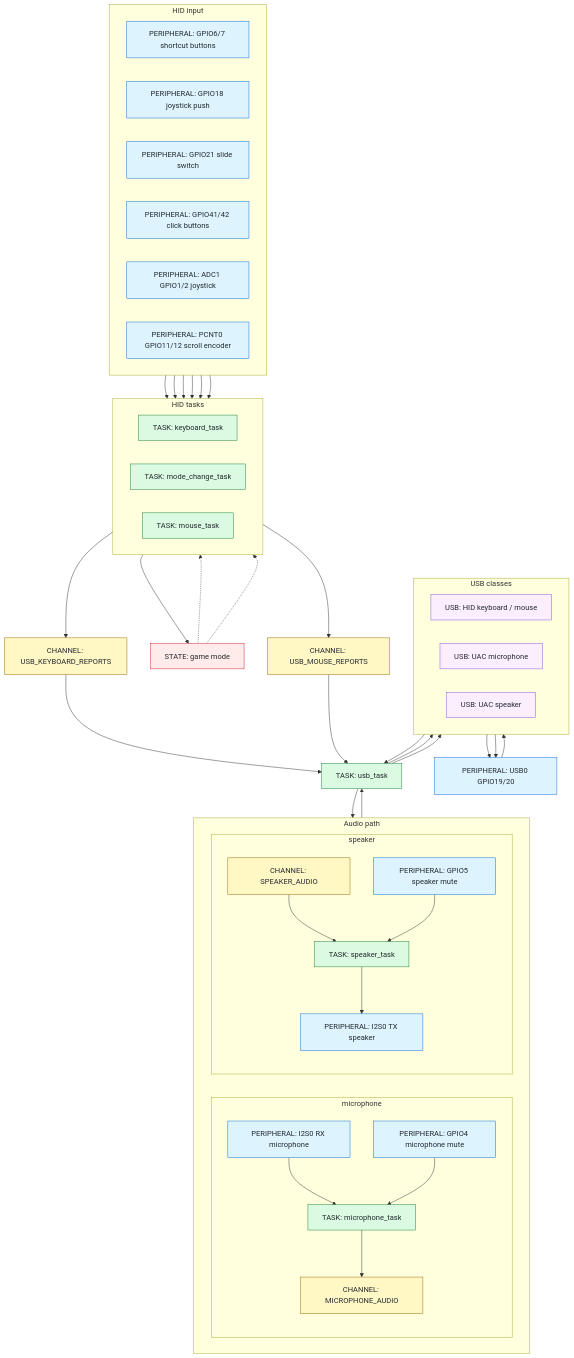
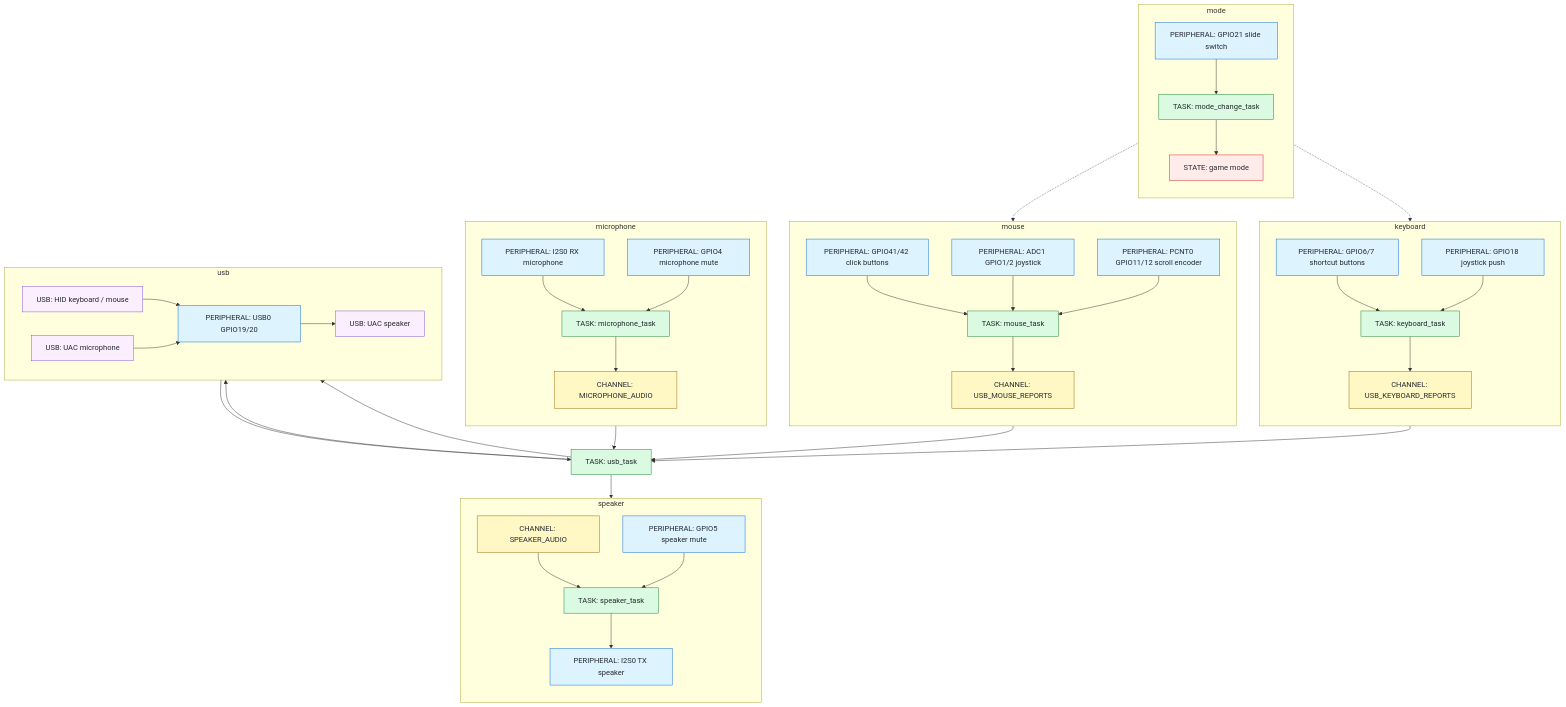
One commit to segfau-yama/dxxk_mouse changed the diagram in README.md. Above: the diagram before and after it, drawn with Mermaid.

Commit message:
README設計図構造化

````diff
--- a/README.md
+++ b/README.md
@@ -53,73 +53,80 @@
 ```mermaid
 flowchart TD
-  subgraph HidInput["HID input"]
-    direction LR
+  subgraph Mode["mode"]
+    direction TB
+    ModeGpio["PERIPHERAL: GPIO21 slide switch"] --> ModeTask["TASK: mode_change_task"]
+    ModeTask --> GameMode["STATE: game mode"]
+  end
+
+  subgraph Keyboard["keyboard"]
+    direction TB
     ShortcutGpio["PERIPHERAL: GPIO6/7 shortcut buttons"]
     PushGpio["PERIPHERAL: GPIO18 joystick push"]
-    ModeGpio["PERIPHERAL: GPIO21 slide switch"]
+    KeyboardTask["TASK: keyboard_task"]
+    KeyboardReports["CHANNEL: USB_KEYBOARD_REPORTS"]
+    ShortcutGpio --> KeyboardTask
+    PushGpio --> KeyboardTask
+    KeyboardTask --> KeyboardReports
+  end
+
+  subgraph Mouse["mouse"]
+    direction TB
     ClickGpio["PERIPHERAL: GPIO41/42 click buttons"]
     JoystickAdc["PERIPHERAL: ADC1 GPIO1/2 joystick"]
     ScrollPcnt["PERIPHERAL: PCNT0 GPIO11/12 scroll encoder"]
+    MouseTask["TASK: mouse_task"]
+    MouseReports["CHANNEL: USB_MOUSE_REPORTS"]
+    ClickGpio --> MouseTask
+    JoystickAdc --> MouseTask
+    ScrollPcnt --> MouseTask
+    MouseTask --> MouseReports
   end
 
-  subgraph HidTasks["HID tasks"]
-    direction LR
-    KeyboardTask["TASK: keyboard_task"]
-    ModeTask["TASK: mode_change_task"]
-    MouseTask["TASK: mouse_task"]
+  subgraph Microphone["microphone"]
+    direction TB
+    I2sMic["PERIPHERAL: I2S0 RX microphone"]
+    MicMuteGpio["PERIPHERAL: GPIO4 microphone mute"]
+    MicrophoneTask["TASK: microphone_task"]
+    MicrophoneAudio["CHANNEL: MICROPHONE_AUDIO"]
+    I2sMic --> MicrophoneTask
+    MicMuteGpio --> MicrophoneTask
+    MicrophoneTask --> MicrophoneAudio
   end
 
-  ShortcutGpio --> KeyboardTask
-  PushGpio --> KeyboardTask
-  ModeGpio --> ModeTask
-  ClickGpio --> MouseTask
-  JoystickAdc --> MouseTask
-  ScrollPcnt --> MouseTask
-
-  ModeTask --> GameMode["STATE: game mode"]
-  GameMode -.-> KeyboardTask
-  GameMode -.-> MouseTask
-
-  KeyboardTask --> KeyboardReports["CHANNEL: USB_KEYBOARD_REPORTS"]
-  MouseTask --> MouseReports["CHANNEL: USB_MOUSE_REPORTS"]
-
-  subgraph AudioPath["Audio path"]
-    direction LR
-    subgraph MicrophonePath["microphone"]
-      direction TB
-      I2sMic["PERIPHERAL: I2S0 RX microphone"] --> MicrophoneTask["TASK: microphone_task"]
-      MicMuteGpio["PERIPHERAL: GPIO4 microphone mute"] --> MicrophoneTask
-      MicrophoneTask --> MicrophoneAudio["CHANNEL: MICROPHONE_AUDIO"]
-    end
-
-    subgraph SpeakerPath["speaker"]
-      direction TB
-      SpeakerAudio["CHANNEL: SPEAKER_AUDIO"] --> SpeakerTask["TASK: speaker_task"]
-      SpeakerMuteGpio["PERIPHERAL: GPIO5 speaker mute"] --> SpeakerTask
-      SpeakerTask --> I2sSpeaker["PERIPHERAL: I2S0 TX speaker"]
-    end
+  subgraph Speaker["speaker"]
+    direction TB
+    SpeakerAudio["CHANNEL: SPEAKER_AUDIO"]
+    SpeakerMuteGpio["PERIPHERAL: GPIO5 speaker mute"]
+    SpeakerTask["TASK: speaker_task"]
+    I2sSpeaker["PERIPHERAL: I2S0 TX speaker"]
+    SpeakerAudio --> SpeakerTask
+    SpeakerMuteGpio --> SpeakerTask
+    SpeakerTask --> I2sSpeaker
   end
 
-  KeyboardReports --> UsbTask["TASK: usb_task"]
-  MouseReports --> UsbTask
-  MicrophoneAudio --> UsbTask
-  UsbTask --> SpeakerAudio
+  UsbTask["TASK: usb_task"]
 
-  subgraph UsbClasses["USB classes"]
+  subgraph Usb["usb"]
     direction LR
     UsbHid["USB: HID keyboard / mouse"]
     UsbMic["USB: UAC microphone"]
     UsbSpeaker["USB: UAC speaker"]
+    UsbPeripheral["PERIPHERAL: USB0 GPIO19/20"]
+    UsbHid --> UsbPeripheral
+    UsbMic --> UsbPeripheral
+    UsbPeripheral --> UsbSpeaker
   end
-
-  UsbPeripheral["PERIPHERAL: USB0 GPIO19/20"]
 
   UsbTask --> UsbHid
   UsbTask --> UsbMic
   UsbSpeaker --> UsbTask
-  UsbHid --> UsbPeripheral
-  UsbMic --> UsbPeripheral
-  UsbPeripheral --> UsbSpeaker
+
+  GameMode -.-> KeyboardTask
+  GameMode -.-> MouseTask
+  KeyboardReports --> UsbTask
+  MouseReports --> UsbTask
+  MicrophoneAudio --> UsbTask
+  UsbTask --> SpeakerAudio
 
   class ShortcutGpio,PushGpio,ModeGpio,ClickGpio,JoystickAdc,ScrollPcnt,MicMuteGpio,I2sMic,SpeakerMuteGpio,I2sSpeaker,UsbPeripheral peripheral
   class KeyboardTask,ModeTask,MouseTask,MicrophoneTask,SpeakerTask,UsbTask task
````
